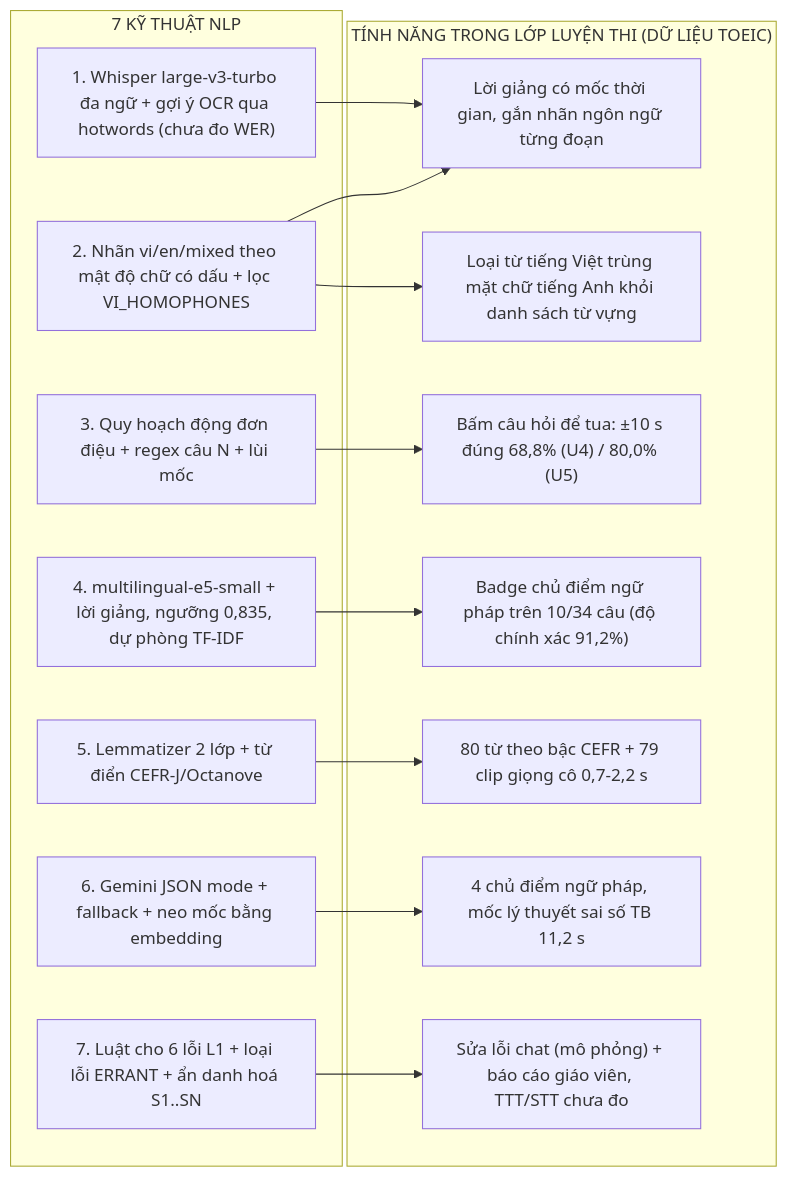
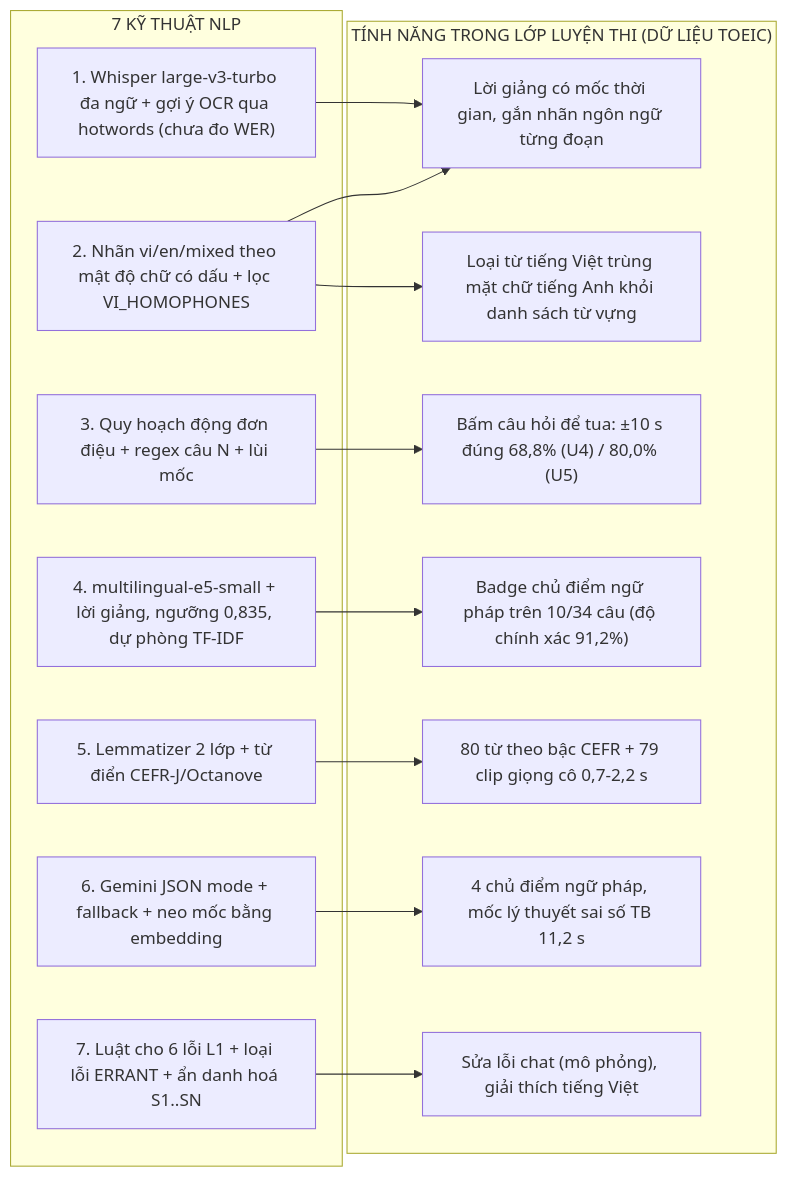
The diagram in docs/README.md (CelesEclipse/NLP501_edusync_mvp), drawn with Mermaid before and after one commit. The commit also changed other lines of this file and 50 other files, not shown here.

````diff
--- a/docs/README.md
+++ b/docs/README.md
@@ -55,31 +55,31 @@
 ```mermaid
 graph LR
     subgraph NLP_Techniques["7 KỸ THUẬT NLP"]
         T1["1. Whisper large-v3-turbo đa ngữ + gợi ý OCR qua hotwords (chưa đo WER)"]
         T2["2. Nhãn vi/en/mixed theo mật độ chữ có dấu + lọc VI_HOMOPHONES"]
         T3["3. Quy hoạch động đơn điệu + regex câu N + lùi mốc"]
         T4["4. multilingual-e5-small + lời giảng, ngưỡng 0,835, dự phòng TF-IDF"]
         T5["5. Lemmatizer 2 lớp + từ điển CEFR-J/Octanove"]
         T6["6. Gemini JSON mode + fallback + neo mốc bằng embedding"]
         T7["7. Luật cho 6 lỗi L1 + loại lỗi ERRANT + ẩn danh hoá S1..SN"]
     end
 
     subgraph Features["TÍNH NĂNG TRONG LỚP LUYỆN THI (DỮ LIỆU TOEIC)"]
         F1["Lời giảng có mốc thời gian, gắn nhãn ngôn ngữ từng đoạn"]
         F2["Loại từ tiếng Việt trùng mặt chữ tiếng Anh khỏi danh sách từ vựng"]
         F3["Bấm câu hỏi để tua: ±10 s đúng 68,8% (U4) / 80,0% (U5)"]
         F4["Badge chủ điểm ngữ pháp trên 10/34 câu (độ chính xác 91,2%)"]
         F5["80 từ theo bậc CEFR + 79 clip giọng cô 0,7-2,2 s"]
         F6["4 chủ điểm ngữ pháp, mốc lý thuyết sai số TB 11,2 s"]
-        F7["Sửa lỗi chat (mô phỏng) + báo cáo giáo viên, TTT/STT chưa đo"]
+        F7["Sửa lỗi chat (mô phỏng), giải thích tiếng Việt"]
     end
 
     T1 --> F1
     T2 --> F1
     T2 --> F2
     T3 --> F3
     T4 --> F4
     T5 --> F5
     T6 --> F6
     T7 --> F7
 ```
````
